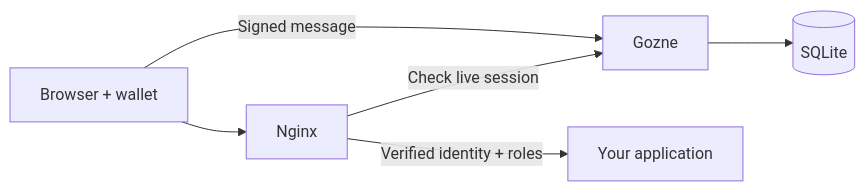
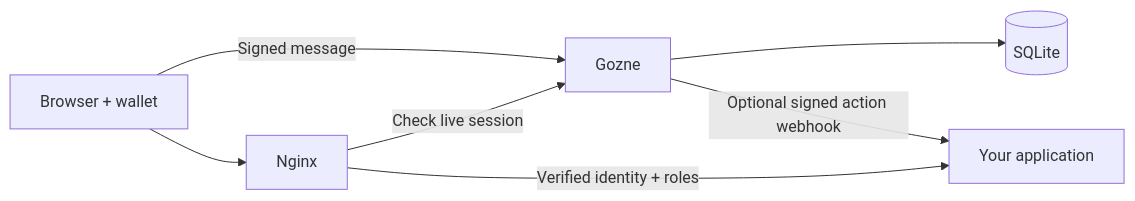
One commit to enriquegrx/gozne changed the diagram in README.md. Above: the diagram before and after it, drawn with Mermaid. The commit also changed other lines of this file and 32 other files, not shown here.

Commit message:
Add signed webhook action delivery

````diff
--- a/README.md
+++ b/README.md
@@ -148,8 +150,9 @@
 ```mermaid
 flowchart LR
     W[Browser + wallet] -->|Signed message| G[Gozne]
     G --> S[(SQLite)]
     W --> N[Nginx]
     N -->|Check live session| G
     N -->|Verified identity + roles| A[Your application]
+    G -->|Optional signed action webhook| A
 ```
````
